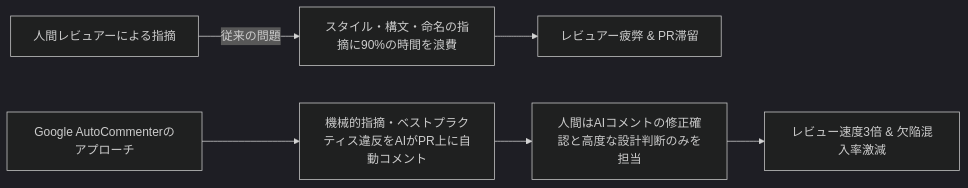
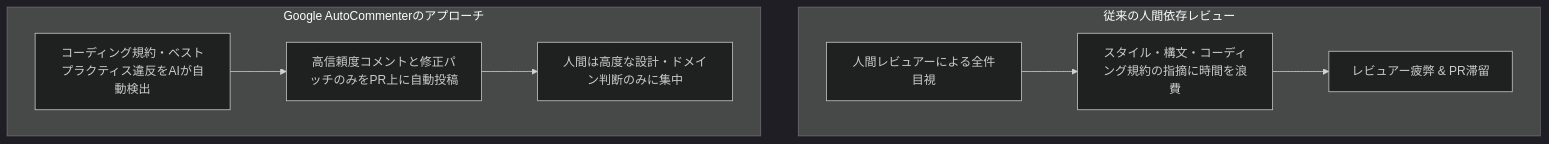
Before and after one commit to AnaharaYasuo/product-quality-management-book: the third of 4 diagrams in manuscript/07_chapter7.md, drawn with Mermaid (dark theme). The commit also changed other lines of this file and 32 other files, not shown here.

````diff
--- a/manuscript/07_chapter7.md
+++ b/manuscript/07_chapter7.md
@@ -242,9 +236,9 @@
 ```mermaid
-flowchart LR
-    A["人間レビュアーによる指摘"] -->|従来の問題| B["スタイル・構文・命名の指摘に90%の時間を浪費"]
-    B --> C["レビュアー疲弊 & PR滞留"]
-
-    D["Google AutoCommenterのアプローチ"] --> E["機械的指摘・ベストプラクティス違反をAIがPR上に自動コメント"]
-    E --> F["人間はAIコメントの修正確認と高度な設計判断のみを担当"]
-    F --> G["レビュー速度3倍 & 欠陥混入率激減"]
+flowchart TD
+    subgraph LegacyReview["従来の人間依存レビュー"]
+        A["人間レビュアーによる全件目視"] --> B["スタイル・構文・コーディング規約の指摘に時間を浪費"] --> C["レビュアー疲弊 & PR滞留"]
+    end
+    subgraph AutoCommenterFlow["Google AutoCommenterのアプローチ"]
+        D["コーディング規約・ベストプラクティス違反をAIが自動検出"] --> E["高信頼度コメントと修正パッチのみをPR上に自動投稿"] --> F["人間は高度な設計・ドメイン判断のみに集中"]
+    end
 ```
````
